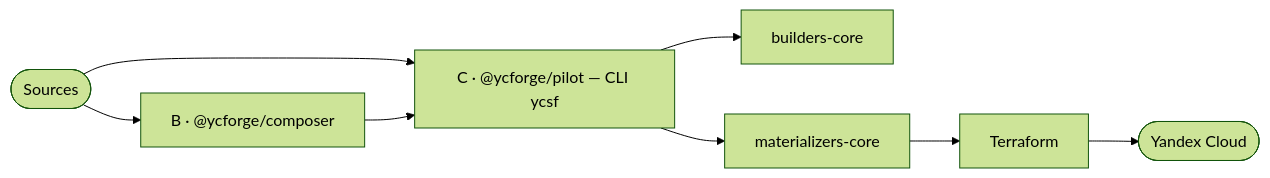
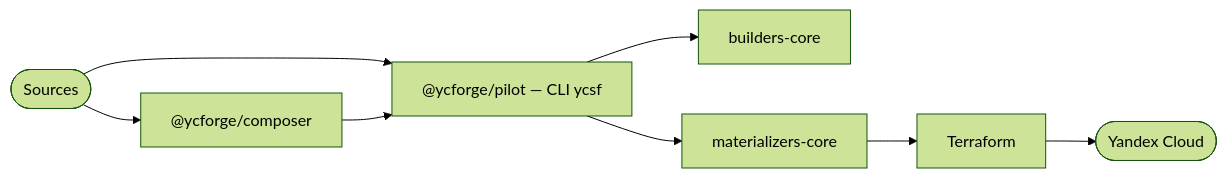
Before and after one commit to ycforge/serverless-tools: the second of 2 diagrams in README.en.md, drawn with Mermaid (forest theme). The commit also changed other lines of this file and 1 other file, not shown here.

````diff
--- a/README.en.md
+++ b/README.en.md
@@ -70,10 +68,10 @@
 ```mermaid
 flowchart LR
-  Src([Sources]) --> B["B · @ycforge/composer"]
-  Src --> C["C · @ycforge/pilot — CLI ycsf"]
-  B --> C
-  C --> Builders[builders-core]
-  C --> Materializers[materializers-core]
+  Src([Sources]) --> Composer["@ycforge/composer"]
+  Src --> Pilot["@ycforge/pilot — CLI ycsf"]
+  Composer --> Pilot
+  Pilot --> Builders[builders-core]
+  Pilot --> Materializers[materializers-core]
   Materializers --> TF[Terraform]
   TF --> Cloud([Yandex Cloud])
 ```
````
